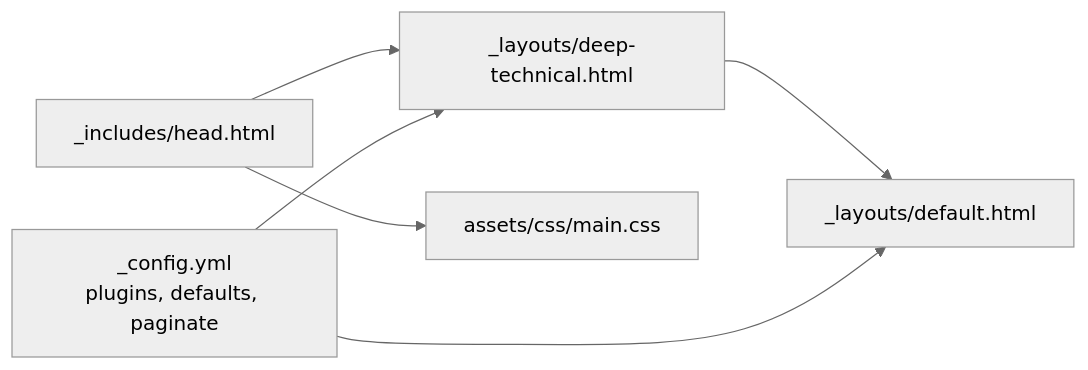
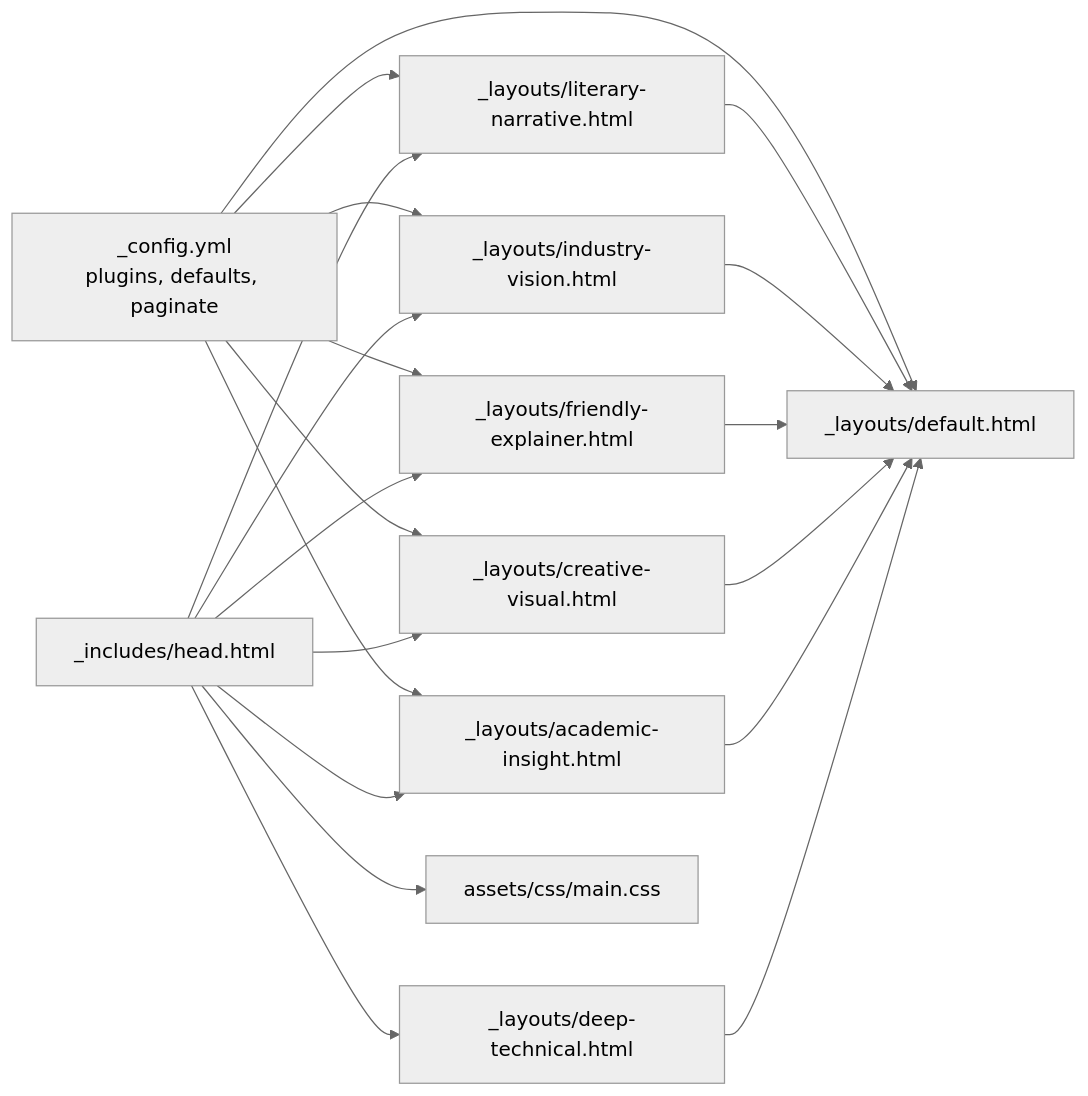
Before and after one commit to PolarisW007/PolaZhenJing: the seventh of 14 diagrams in .qoder/repowiki/en/content/Frontend Application/Article Presentation System/Article Presentation System.md, drawn with Mermaid (neutral theme). The commit also changed other lines of this file and 11 other files, not shown here.

````diff
--- a/.qoder/repowiki/en/content/Frontend Application/Article Presentation System/Article Presentation System.md
+++ b/.qoder/repowiki/en/content/Frontend Application/Article Presentation System/Article Presentation System.md
@@ -279,13 +323,32 @@
 ```mermaid
 graph LR
 CFG["_config.yml<br/>plugins, defaults, paginate"]
 DEF["_layouts/default.html"]
 DT["_layouts/deep-technical.html"]
+AI["_layouts/academic-insight.html"]
+CV["_layouts/creative-visual.html"]
+FE["_layouts/friendly-explainer.html"]
+IV["_layouts/industry-vision.html"]
+LN["_layouts/literary-narrative.html"]
 HEAD["_includes/head.html"]
 MAIN["assets/css/main.css"]
 DT --> DEF
+AI --> DEF
+CV --> DEF
+FE --> DEF
+IV --> DEF
+LN --> DEF
 HEAD --> MAIN
 HEAD --> DT
+HEAD --> AI
+HEAD --> CV
+HEAD --> FE
+HEAD --> IV
+HEAD --> LN
 CFG --> DEF
-CFG --> DT
+CFG --> AI
+CFG --> CV
+CFG --> FE
+CFG --> IV
+CFG --> LN
 ```
````
